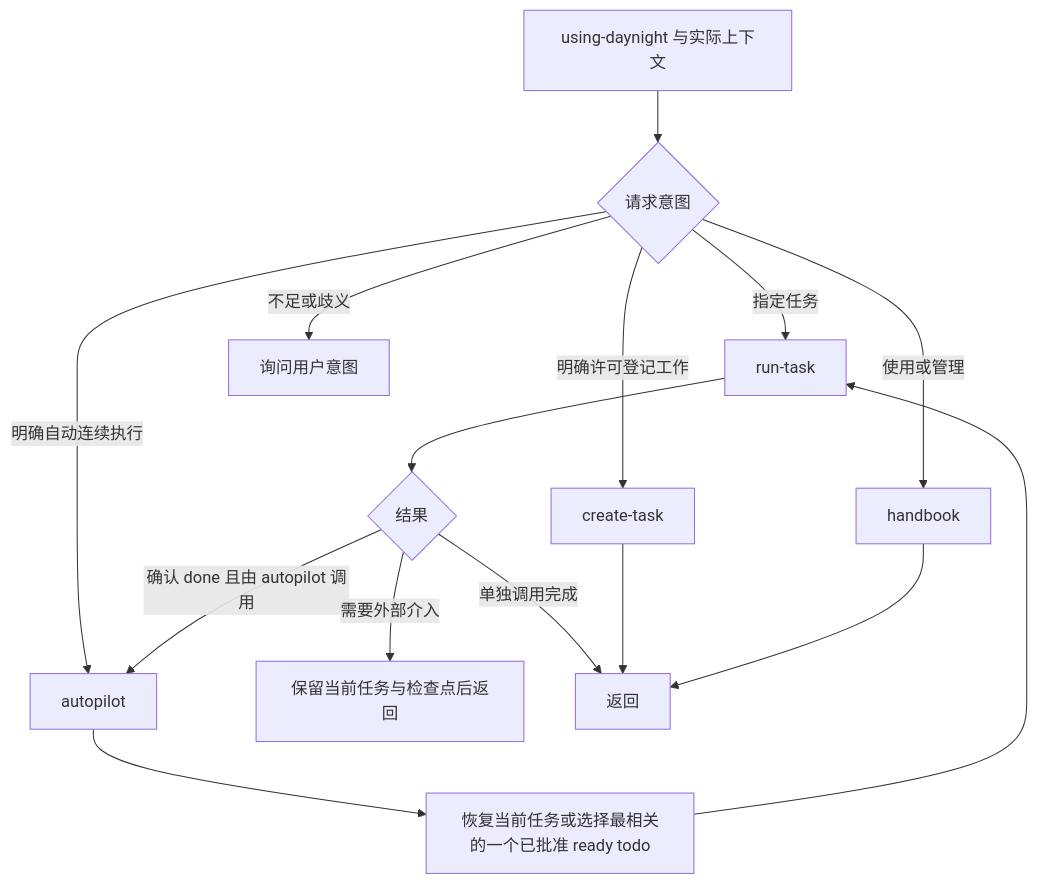
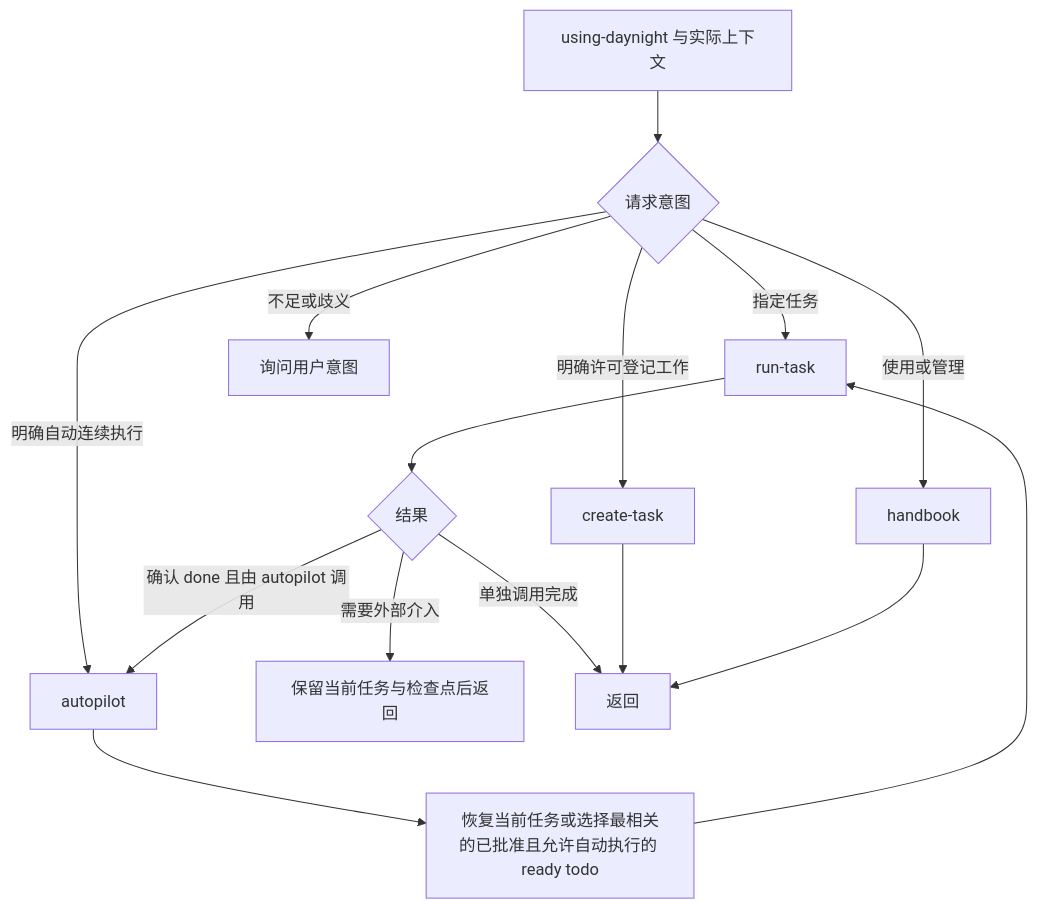
One commit to codetreker/day-night changed the diagram in docs/design/daynight-agent-skill.md. Above: the diagram before and after it, drawn with Mermaid. The commit also changed other lines of this file and 127 other files, not shown here.

````diff
--- a/docs/design/daynight-agent-skill.md
+++ b/docs/design/daynight-agent-skill.md
@@ -57,17 +57,17 @@
 ```mermaid
 flowchart TD
     A[using-daynight 与实际上下文] --> B{请求意图}
     B -->|使用或管理| H[handbook]
     B -->|明确许可登记工作| C[create-task]
     B -->|指定任务| R[run-task]
     B -->|明确自动连续执行| P[autopilot]
     B -->|不足或歧义| Q[询问用户意图]
-    P --> S[恢复当前任务或选择最相关的一个已批准 ready todo]
+    P --> S[恢复当前任务或选择最相关的已批准且允许自动执行的 ready todo]
     S --> R
     R --> T{结果}
     T -->|确认 done 且由 autopilot 调用| P
     T -->|需要外部介入| W[保留当前任务与检查点后返回]
     T -->|单独调用完成| E[返回]
     C --> E
     H --> E
 ```
````
